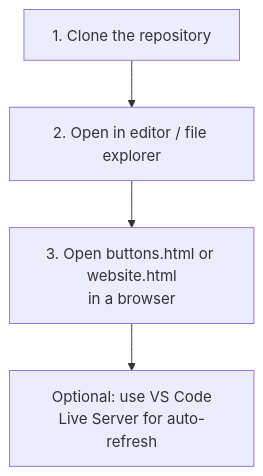
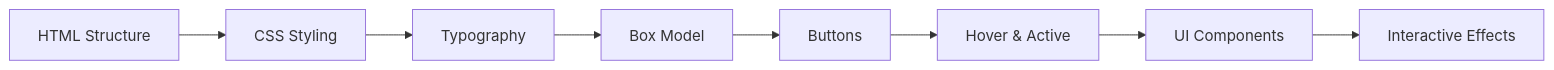
The tenth of 11 diagrams in README.md (Betha-hemanth/HTML-and-CSS), drawn with Mermaid before and after one commit. The commit also changed other lines of this file, not shown here.

First line of the commit message:
Revise README for improved documentation and structure

````diff
--- a/README.md
+++ b/README.md
@@ -210,6 +198,10 @@
 ```mermaid
-flowchart TD
-    A["1. Clone the repository"] --> B["2. Open in editor / file explorer"]
-    B --> C["3. Open buttons.html or website.html\nin a browser"]
-    C --> D["Optional: use VS Code\nLive Server for auto-refresh"]
+flowchart LR
+    A["HTML Structure"] --> B["CSS Styling"]
+    B --> C["Typography"]
+    C --> D["Box Model"]
+    D --> E["Buttons"]
+    E --> F["Hover & Active"]
+    F --> G["UI Components"]
+    G --> H["Interactive Effects"]
 ```
````
